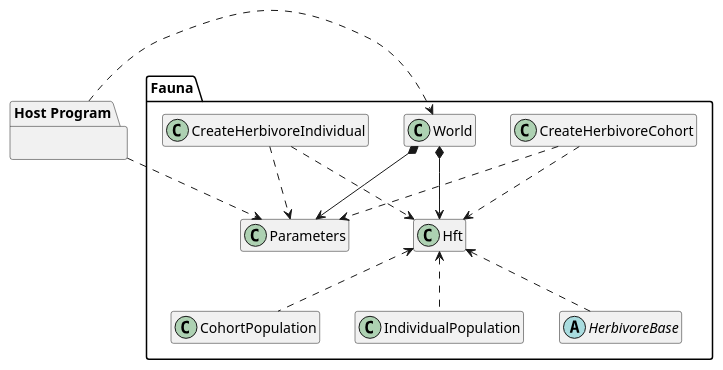
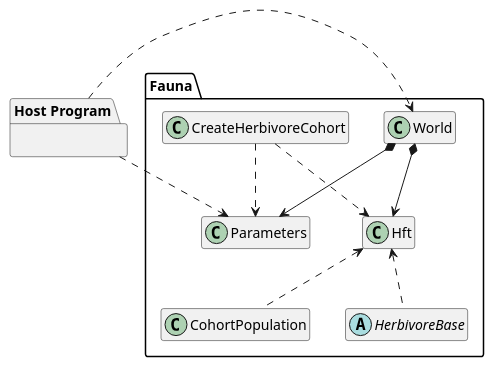
Diagram 12 of 13 in docs/diagrams.iuml (wtraylor/modular_megafauna_model), drawn with PlantUML before and after one commit. The commit also changed other lines of this file and 27 other files, not shown here.

```diff
--- a/docs/diagrams.iuml
+++ b/docs/diagrams.iuml
@@ -304,20 +298,17 @@
 @startuml (id=parameters_access)
   hide members
   hide methods
   namespace Fauna{
-    CreateHerbivoreIndividual ..> Parameters
-    CreateHerbivoreIndividual ..> Hft
     CreateHerbivoreCohort     ..> Parameters
     CreateHerbivoreCohort     ..> Hft
     CohortPopulation          .up.> Hft
-    IndividualPopulation      .up.> Hft
     abstract HerbivoreBase
     HerbivoreBase             .up.> Hft
     World                     *-down-> Parameters
     World                     *-down-> Hft
   }
   package "Host Program"{
   }
   "Host Program" .right.> Fauna.Parameters
   "Host Program" .right.> Fauna.World
 @enduml
```
